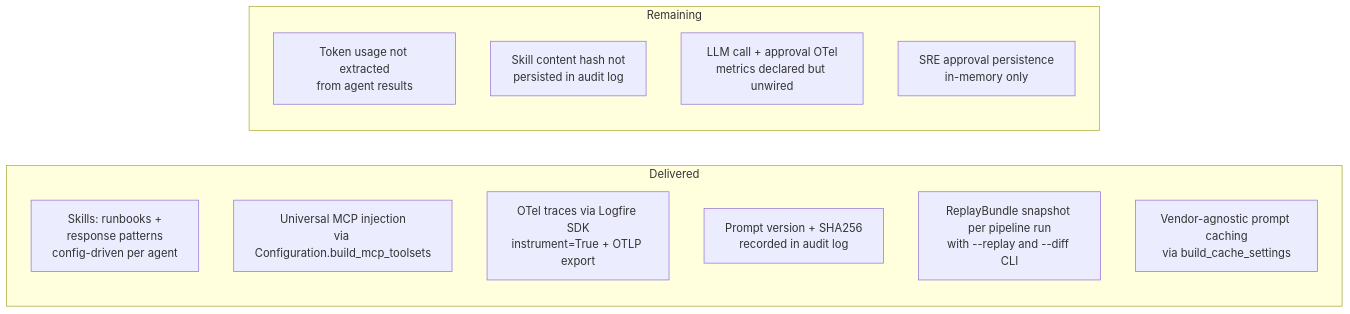
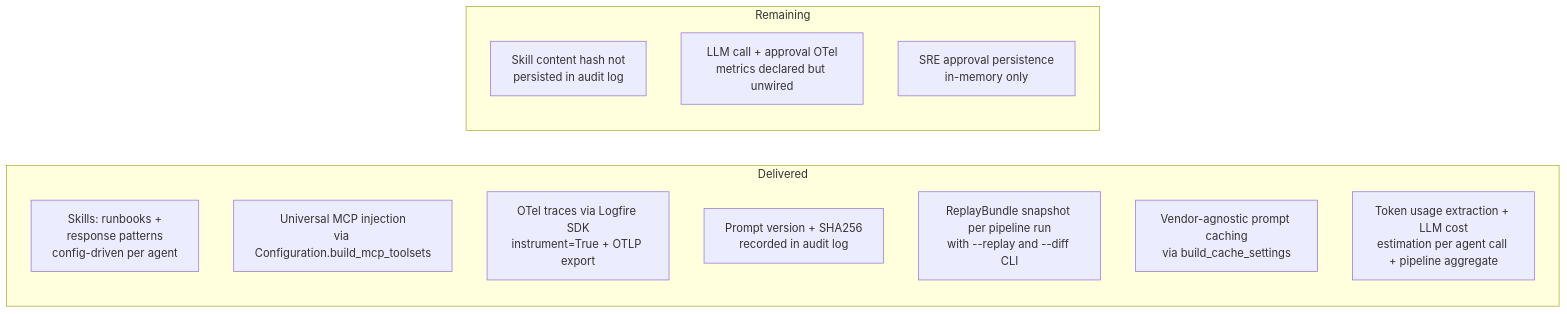
One commit to offtian/sentinel changed the diagram in docs/architecture.md. Above: the diagram before and after it, drawn with Mermaid. The commit also changed other lines of this file and 1 other file, not shown here.

First line of the commit message:
docs: update architecture for token cost tracking, improve README doc references

````diff
--- a/docs/architecture.md
+++ b/docs/architecture.md
@@ -175,17 +175,17 @@
 ```mermaid
 flowchart LR
     subgraph Delivered
       B1[Skills: runbooks +<br/>response patterns<br/>config-driven per agent]
       B2[Universal MCP injection<br/>via Configuration.build_mcp_toolsets]
       B3[OTel traces via Logfire SDK<br/>instrument=True + OTLP export]
       B4[Prompt version + SHA256<br/>recorded in audit log]
       B5[ReplayBundle snapshot per pipeline run<br/>with --replay and --diff CLI]
       B6[Vendor-agnostic prompt caching<br/>via build_cache_settings]
+      B7[Token usage extraction + LLM cost<br/>estimation per agent call + pipeline aggregate]
     end
     subgraph Remaining
-      A1[Token usage not extracted<br/>from agent results]
       A2[Skill content hash not<br/>persisted in audit log]
       A3[LLM call + approval OTel<br/>metrics declared but unwired]
       A4[SRE approval persistence<br/>in-memory only]
     end
 ```
````
